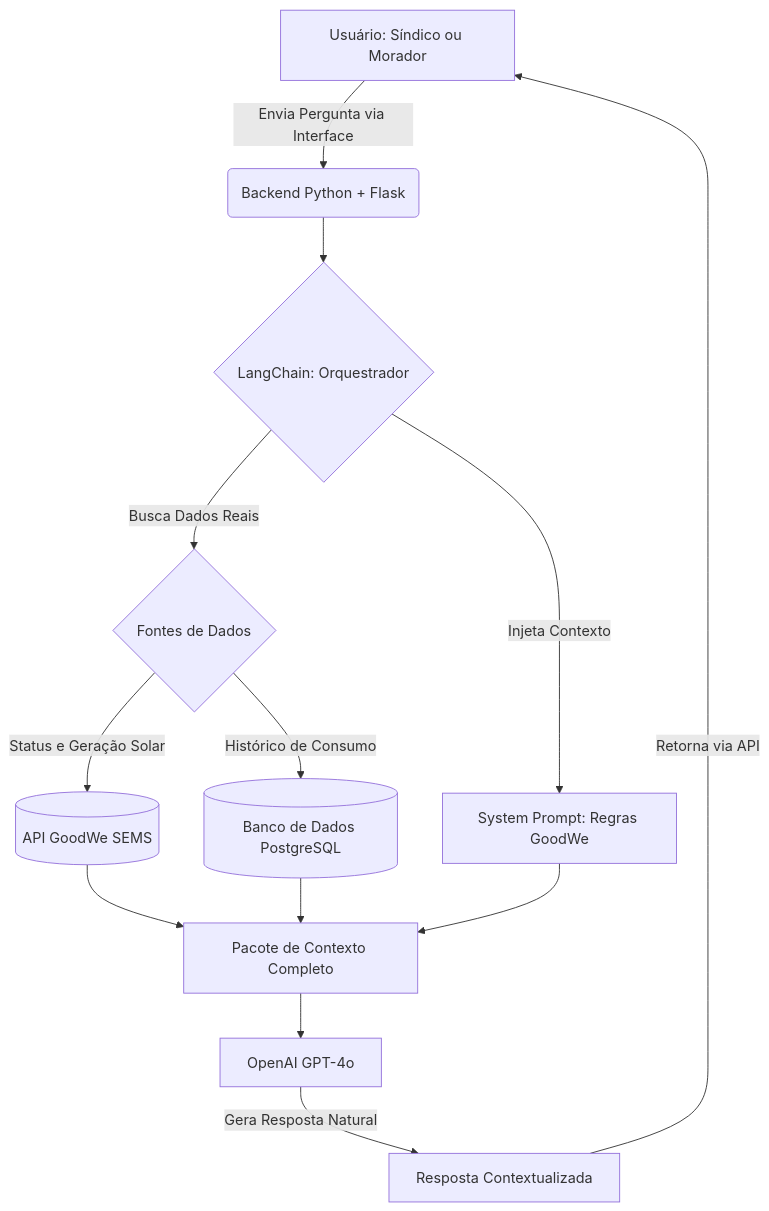
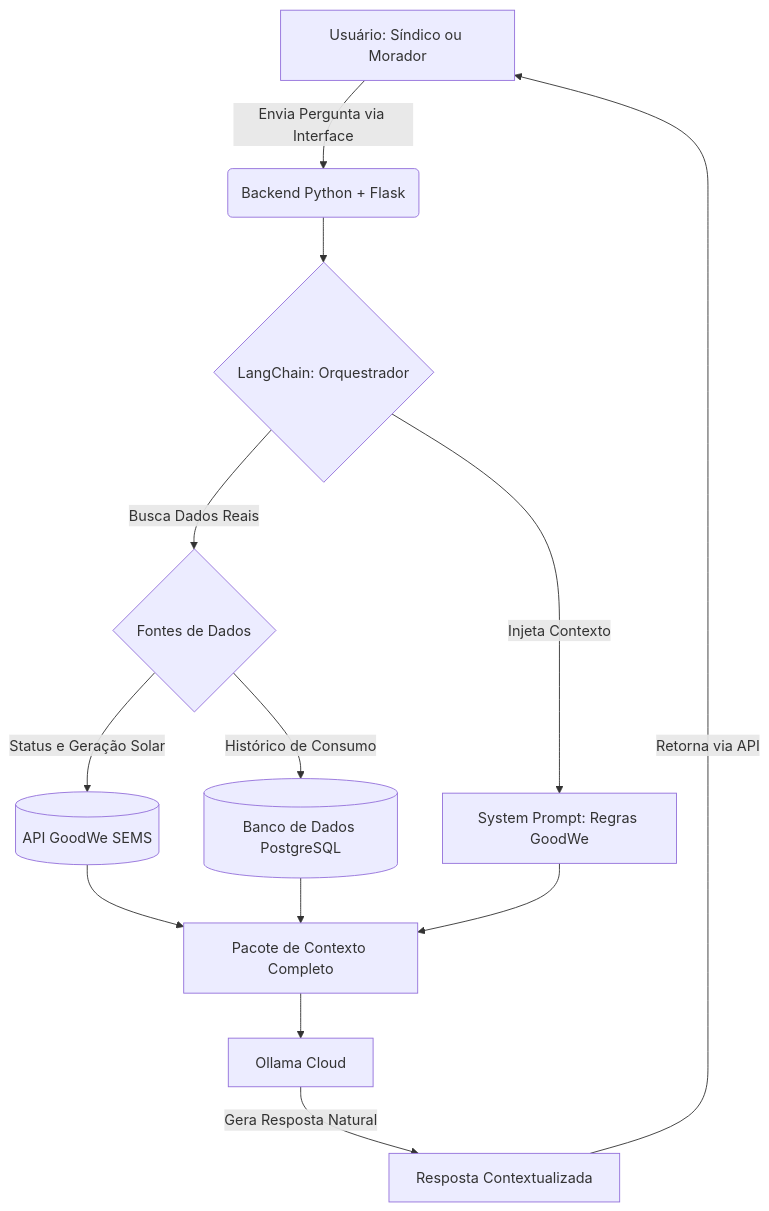
Before and after one commit to pedrosampaiom2007-gif/Sprint-1-Hercules: the diagram in README.md, drawn with Mermaid. The commit also changed other lines of this file, not shown here.

````diff
--- a/README.md
+++ b/README.md
@@ -88,15 +88,15 @@
 ```mermaid
 graph TD
     A[Usuário: Síndico ou Morador] -->|Envia Pergunta via Interface| B(Backend Python + Flask)
     B --> C{LangChain: Orquestrador}
     C -->|Injeta Contexto| D[System Prompt: Regras GoodWe]
     C -->|Busca Dados Reais| E{Fontes de Dados}
     E -->|Status e Geração Solar| F[(API GoodWe SEMS)]
     E -->|Histórico de Consumo| G[(Banco de Dados PostgreSQL)]
     F --> H[Pacote de Contexto Completo]
     G --> H
     D --> H
-    H --> I[OpenAI GPT-4o]
+    H --> I[Ollama Cloud]
     I -->|Gera Resposta Natural| J[Resposta Contextualizada]
     J -->|Retorna via API| A
 ```
````
